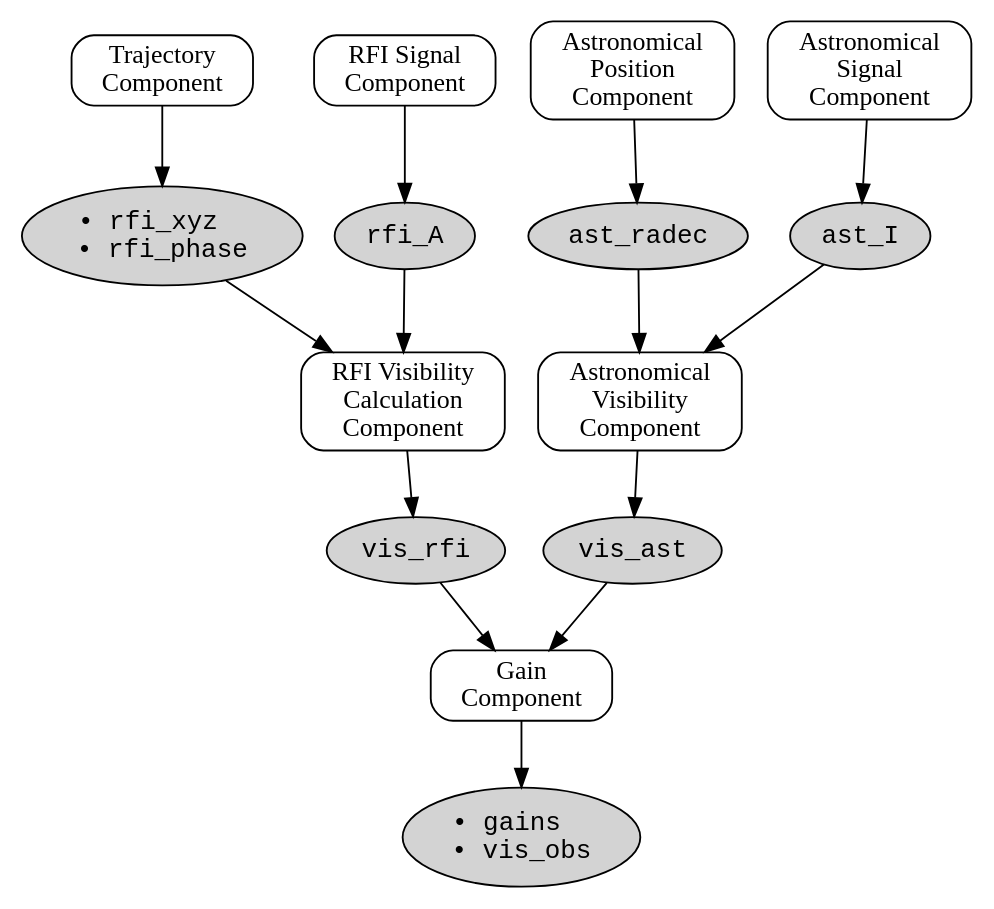
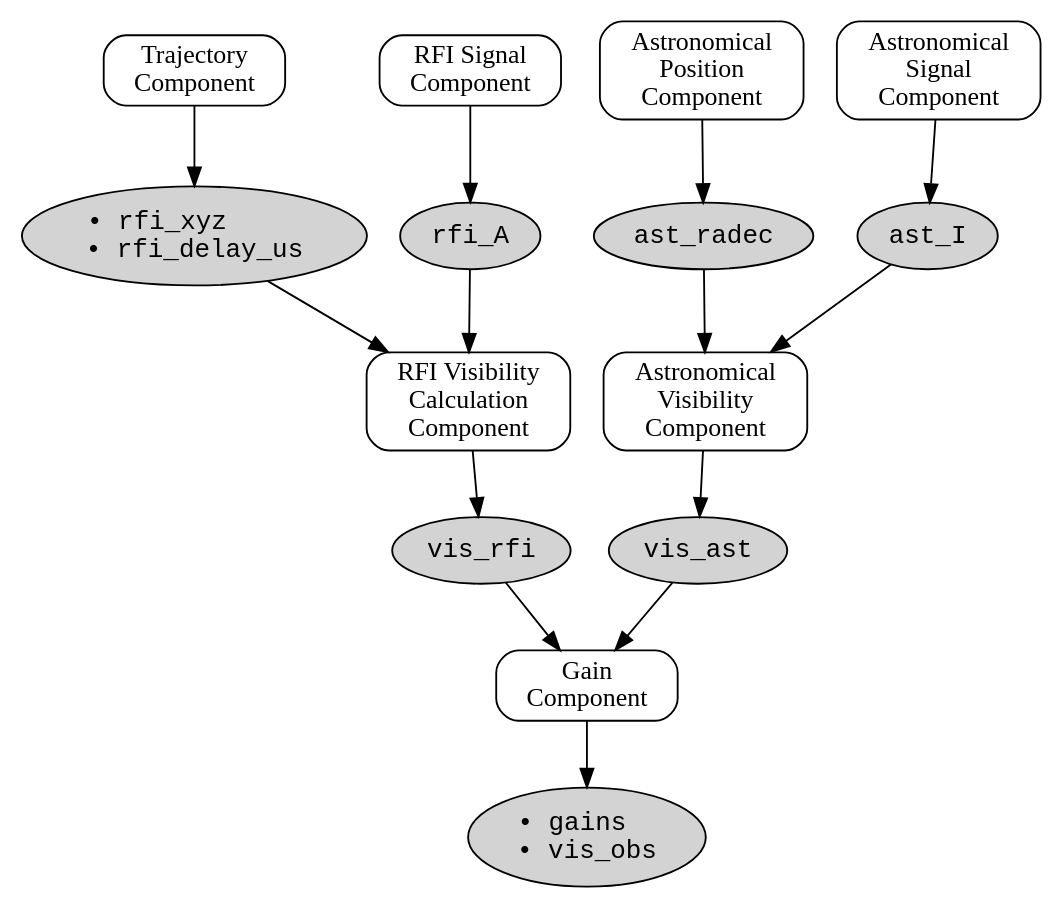
One commit to epfl-radio-astro/tabascal changed the diagram in docs/components.rst. Above: the diagram before and after it, drawn with Graphviz. The commit also changed 10 other files, not shown here.

First line of the commit message:
Replace rfi_phase with compact rfi_delay_us and use the ri_kernels delay kernel

```diff
--- a/docs/components.rst
+++ b/docs/components.rst
@@ -16,40 +16,40 @@
 .. graphviz::
 
    digraph Components {
        graph [rankdir=TB, fontsize=10];
        node [shape=box, style="rounded,filled", fillcolor=white, fontcolor=black];
        edge [color=black];
 
        // Top-level components
        Traj [label="Trajectory\nComponent", shape=box];
        RFISig [label="RFI Signal\nComponent", shape=box];
        RFIVis [label="RFI Visibility\nCalculation\nComponent", shape=box];
        AstPos [label="Astronomical\nPosition\nComponent", shape=box];
        AstSig [label="Astronomical\nSignal\nComponent", shape=box];
        AstVis [label="Astronomical\nVisibility\nComponent", shape=box];
        Gain [label="Gain\nComponent", shape=box];
 
        // Data nodes
-       rfi_xyz [label="• rfi_xyz\l• rfi_phase", shape=ellipse, fillcolor=lightgray, fontname="Courier"];
+       rfi_xyz [label="• rfi_xyz\l• rfi_delay_us", shape=ellipse, fillcolor=lightgray, fontname="Courier"];
        rfi_A [label="rfi_A", shape=ellipse, fillcolor=lightgray, fontname="Courier"];
        vis_rfi [label="vis_rfi", shape=ellipse, fillcolor=lightgray, fontname="Courier"];
        ast_radec [label="ast_radec", shape=ellipse, fillcolor=lightgray, fontname="Courier"];
        ast_I [label="ast_I", shape=ellipse, fillcolor=lightgray, fontname="Courier"];
        vis_ast [label="vis_ast", shape=ellipse, fillcolor=lightgray, fontname="Courier"];
        vis_obs [label="• gains\l• vis_obs", shape=ellipse, fillcolor=lightgray, fontname="Courier"];
 
        // Edges
        Traj -> rfi_xyz;
        RFISig -> rfi_A;
        rfi_xyz -> RFIVis;
        rfi_A -> RFIVis;
        RFIVis -> vis_rfi;
        AstPos -> ast_radec;
        AstSig -> ast_I;
        ast_radec -> AstVis;
        ast_I -> AstVis;
        AstVis -> vis_ast;
        vis_rfi -> Gain;
        vis_ast -> Gain;
        Gain -> vis_obs;
    }
```
